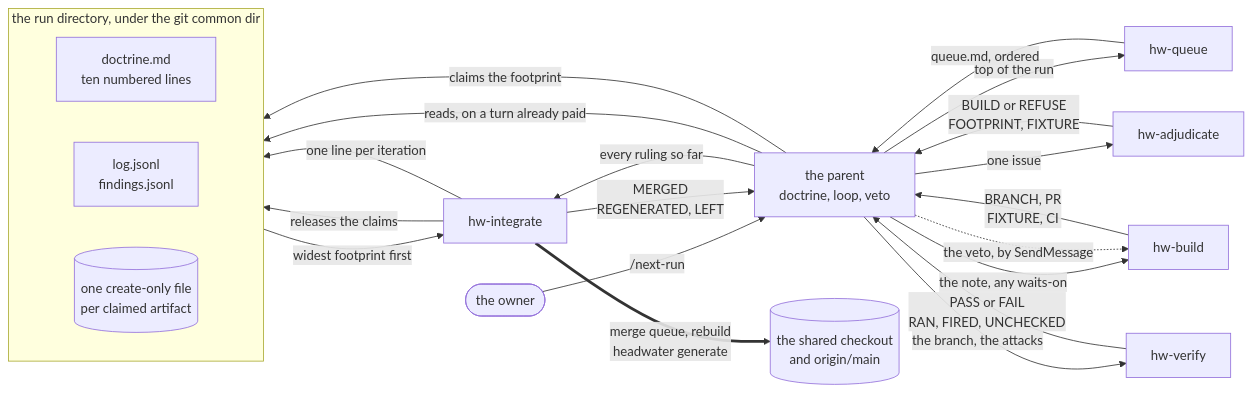
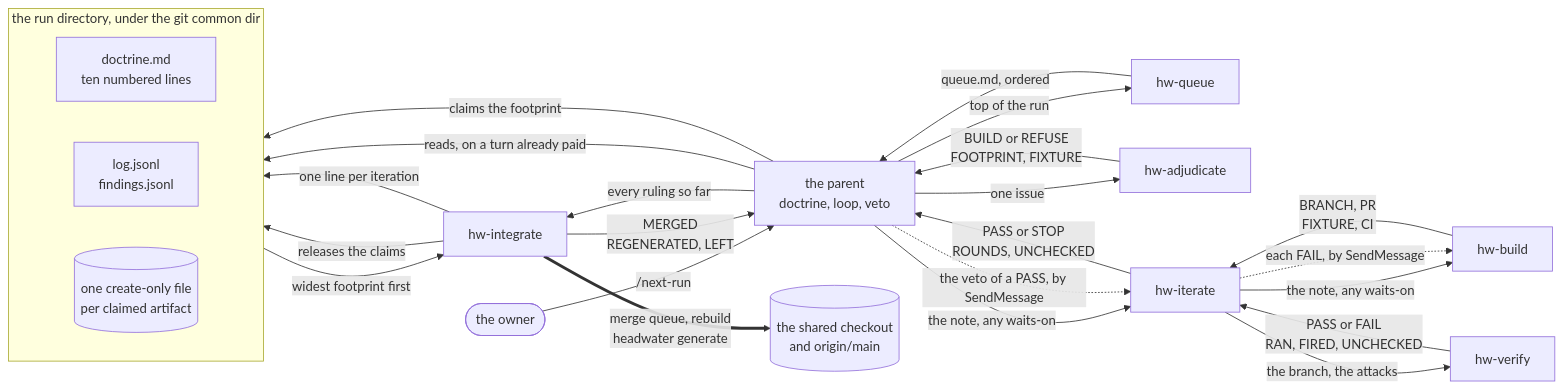
Before and after one commit to headwater-ai/headwater: the diagram in docs/spec/17-orchestration-architecture.md, drawn with Mermaid. The commit also changed other lines of this file and 26 other files, not shown here.

First line of the commit message:
One hw-iterate agent per issue owns build, verify and rework, and the parent wakes once for its report (#1276) (#1278)

````diff
--- a/docs/spec/17-orchestration-architecture.md
+++ b/docs/spec/17-orchestration-architecture.md
@@ -63,33 +66,36 @@
 ```mermaid
 flowchart LR
     owner(["the owner"]) -->|"/next-run"| parent["the parent<br/>doctrine, loop, veto"]
 
     parent -->|"top of the run"| queue["hw-queue"]
     parent -->|"one issue"| adjudicate["hw-adjudicate"]
-    parent -->|"the note, any waits-on"| build["hw-build"]
-    parent -->|"the branch, the attacks"| verify["hw-verify"]
+    parent -->|"the note, any waits-on"| iterate["hw-iterate"]
+    iterate -->|"the note, any waits-on"| build["hw-build"]
+    iterate -->|"the branch, the attacks"| verify["hw-verify"]
     parent -->|"every ruling so far"| integrate["hw-integrate"]
 
     queue -->|"queue.md, ordered"| parent
     adjudicate -->|"BUILD or REFUSE<br/>FOOTPRINT, FIXTURE"| parent
-    build -->|"BRANCH, PR<br/>FIXTURE, CI"| parent
-    verify -->|"PASS or FAIL<br/>RAN, FIRED, UNCHECKED"| parent
+    build -->|"BRANCH, PR<br/>FIXTURE, CI"| iterate
+    verify -->|"PASS or FAIL<br/>RAN, FIRED, UNCHECKED"| iterate
+    iterate -->|"PASS or STOP<br/>ROUNDS, UNCHECKED"| parent
     integrate -->|"MERGED<br/>REGENERATED, LEFT"| parent
 
-    parent -.->|"the veto, by SendMessage"| build
+    parent -.->|"the veto of a PASS, by SendMessage"| iterate
+    iterate -.->|"each FAIL, by SendMessage"| build
 
     subgraph rundir["the run directory, under the git common dir"]
         direction LR
         doctrine["doctrine.md<br/>ten numbered lines"]
         ledger["log.jsonl<br/>findings.jsonl"]
         claims[("one create-only file<br/>per claimed artifact")]
     end
 
     parent -->|"reads, on a turn already paid"| doctrine
     parent -->|"claims the footprint"| claims
     claims -->|"widest footprint first"| integrate
     integrate -->|"releases the claims"| claims
     integrate -->|"one line per iteration"| ledger
 
     integrate ==>|"merge queue, rebuild<br/>headwater generate"| checkout[("the shared checkout<br/>and origin/main")]
 ```
````
